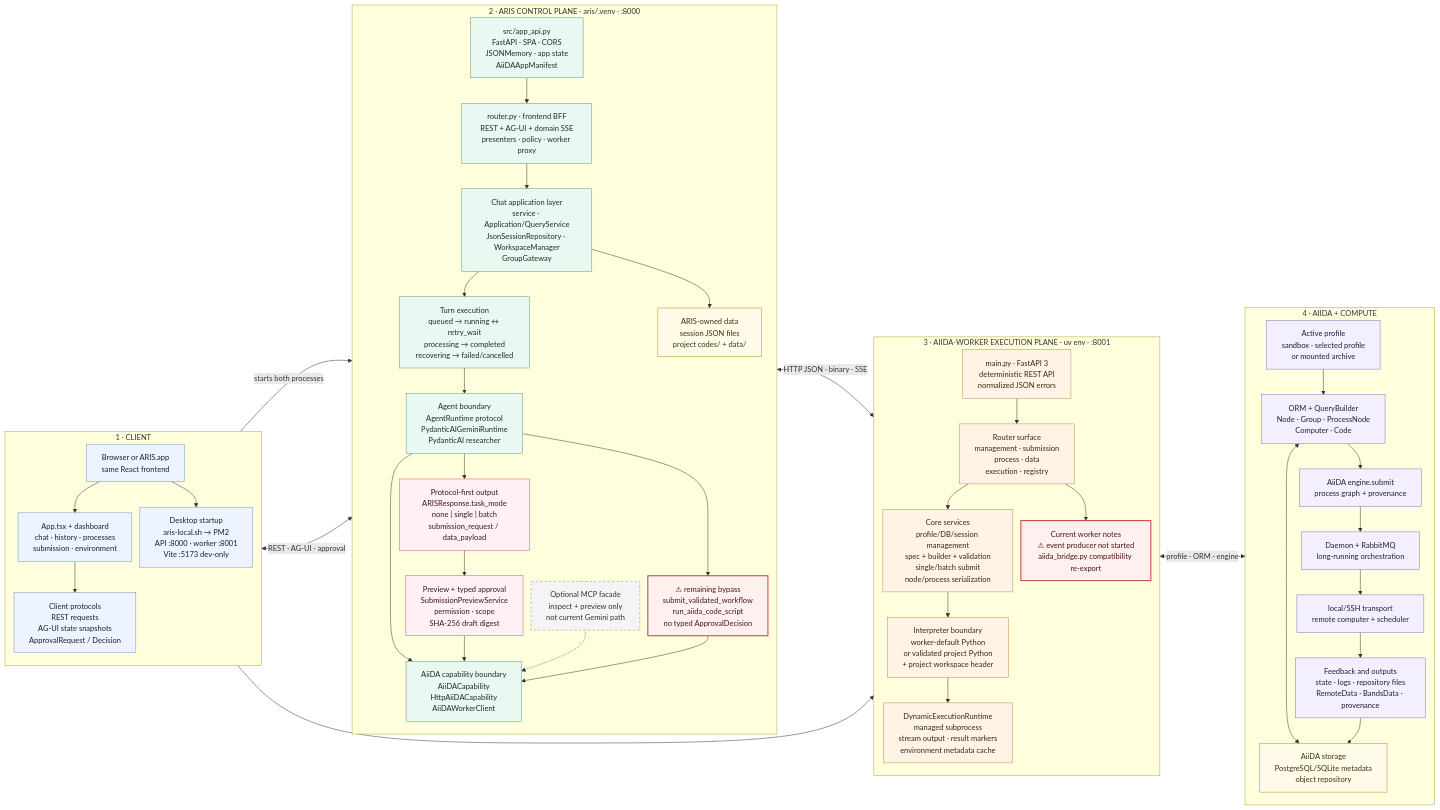
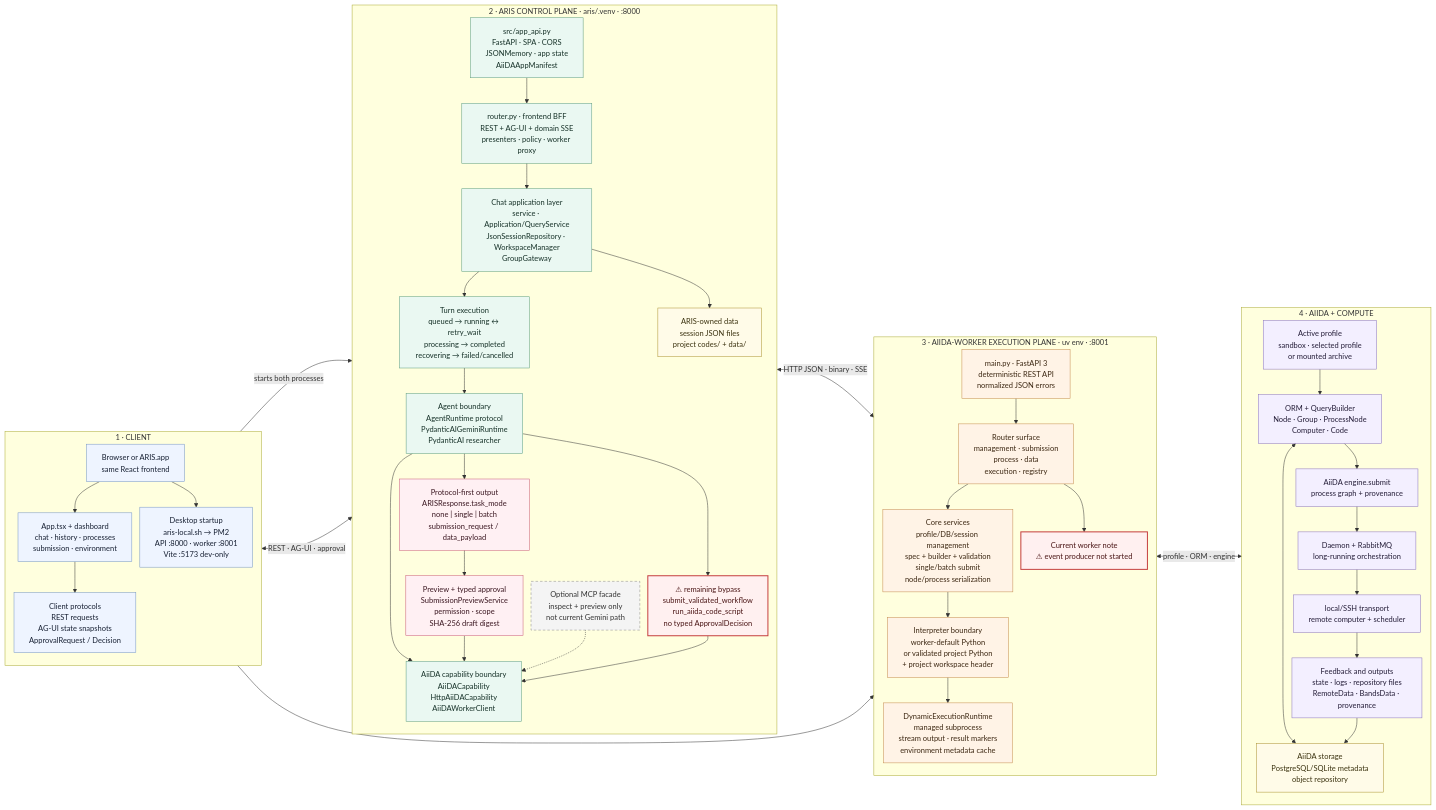
The diagram in docs/architecture/diagrams/aris-aiida-worker-internals.mmd (ymzhang0/aris), drawn with Mermaid before and after one commit. The commit also changed 21 other files, not shown here.

```diff
--- a/docs/architecture/diagrams/aris-aiida-worker-internals.mmd
+++ b/docs/architecture/diagrams/aris-aiida-worker-internals.mmd
@@ -1,104 +1,104 @@
 %%{init: {
   "flowchart": {
     "curve": "basis",
     "htmlLabels": true,
     "nodeSpacing": 16,
     "rankSpacing": 26,
     "diagramPadding": 6,
     "useMaxWidth": true
   },
   "themeVariables": {
     "fontSize": "15px"
   }
 }}%%
 flowchart LR
     %% Compact system map.
     %% Details that would create long cross-lane edges live in the sequence
     %% diagrams in ARIS_AIIDA_WORKER_INTERNAL_FLOW.md.
 
     subgraph CLIENT["1 · CLIENT"]
         direction TB
         SURFACE["Browser or ARIS.app<br/>same React frontend"]
         REACT["App.tsx + dashboard<br/>chat · history · processes<br/>submission · environment"]
         CLIENT_PROTOCOL["Client protocols<br/>REST requests<br/>AG-UI state snapshots<br/>ApprovalRequest / Decision"]
         STARTUP["Desktop startup<br/>aris-local.sh → PM2<br/>API :8000 · worker :8001<br/>Vite :5173 dev-only"]
 
         SURFACE --> REACT --> CLIENT_PROTOCOL
         SURFACE --> STARTUP
     end
 
     subgraph ARIS["2 · ARIS CONTROL PLANE · aris/.venv · :8000"]
         direction TB
         APP["src/app_api.py<br/>FastAPI · SPA · CORS<br/>JSONMemory · app state<br/>AiiDAAppManifest"]
         BFF["router.py · frontend BFF<br/>REST + AG-UI + domain SSE<br/>presenters · policy · worker proxy"]
         CHAT["Chat application layer<br/>service · Application/QueryService<br/>JsonSessionRepository · WorkspaceManager<br/>GroupGateway"]
         MACHINE["Turn execution<br/>queued → running ↔ retry_wait<br/>processing → completed<br/>recovering → failed/cancelled"]
         AGENT["Agent boundary<br/>AgentRuntime protocol<br/>PydanticAIGeminiRuntime<br/>PydanticAI researcher"]
         RESPONSE["Protocol-first output<br/>ARISResponse.task_mode<br/>none | single | batch<br/>submission_request / data_payload"]
         APPROVAL["Preview + typed approval<br/>SubmissionPreviewService<br/>permission · scope<br/>SHA-256 draft digest"]
         CAPABILITY["AiiDA capability boundary<br/>AiiDACapability<br/>HttpAiiDACapability<br/>AiiDAWorkerClient"]
         ARIS_DATA["ARIS-owned data<br/>session JSON files<br/>project codes/ + data/"]
         MCP["Optional MCP facade<br/>inspect + preview only<br/>not current Gemini path"]
         BYPASS["⚠ remaining bypass<br/>submit_validated_workflow<br/>run_aiida_code_script<br/>no typed ApprovalDecision"]
 
         APP --> BFF --> CHAT --> MACHINE --> AGENT --> RESPONSE --> APPROVAL
         CHAT --> ARIS_DATA
         AGENT --> CAPABILITY
         APPROVAL --> CAPABILITY
         MCP -.-> CAPABILITY
         AGENT --> BYPASS --> CAPABILITY
     end
 
     subgraph WORKER["3 · AIIDA-WORKER EXECUTION PLANE · uv env · :8001"]
         direction TB
         WAPP["main.py · FastAPI 3<br/>deterministic REST API<br/>normalized JSON errors"]
         ROUTES["Router surface<br/>management · submission<br/>process · data<br/>execution · registry"]
         CORE["Core services<br/>profile/DB/session management<br/>spec + builder + validation<br/>single/batch submit<br/>node/process serialization"]
         ENV["Interpreter boundary<br/>worker-default Python<br/>or validated project Python<br/>+ project workspace header"]
         SUBPROCESS["DynamicExecutionRuntime<br/>managed subprocess<br/>stream output · result markers<br/>environment metadata cache"]
-        WORKER_GAPS["Current worker notes<br/>⚠ event producer not started<br/>aiida_bridge.py compatibility re-export"]
+        WORKER_GAPS["Current worker note<br/>⚠ event producer not started"]
 
         WAPP --> ROUTES --> CORE --> ENV --> SUBPROCESS
         ROUTES --> WORKER_GAPS
     end
 
     subgraph AIIDA["4 · AIIDA + COMPUTE"]
         direction TB
         PROFILE["Active profile<br/>sandbox · selected profile<br/>or mounted archive"]
         ORM["ORM + QueryBuilder<br/>Node · Group · ProcessNode<br/>Computer · Code"]
         STORAGE["AiiDA storage<br/>PostgreSQL/SQLite metadata<br/>object repository"]
         ENGINE["AiiDA engine.submit<br/>process graph + provenance"]
         DAEMON["Daemon + RabbitMQ<br/>long-running orchestration"]
         REMOTE["local/SSH transport<br/>remote computer + scheduler"]
         OUTPUT["Feedback and outputs<br/>state · logs · repository files<br/>RemoteData · BandsData · provenance"]
 
         PROFILE --> ORM
         ORM <--> STORAGE
         ORM --> ENGINE --> DAEMON --> REMOTE --> OUTPUT
         OUTPUT --> STORAGE
     end
 
     %% Four cross-lane boundaries; no long internal back-edges.
     STARTUP -->|"starts both processes"| APP
     STARTUP --> WAPP
     CLIENT_PROTOCOL <-->|"REST · AG-UI · approval"| BFF
     CAPABILITY <-->|"HTTP JSON · binary · SSE"| WAPP
     CORE <-->|"profile · ORM · engine"| ORM
 
     classDef client fill:#eef4ff,stroke:#7393c2,color:#172033;
     classDef aris fill:#eaf8f2,stroke:#5b9b7e,color:#163128;
     classDef worker fill:#fff3e6,stroke:#c48a4d,color:#3c2712;
     classDef aiida fill:#f3efff,stroke:#8872bd,color:#241d38;
     classDef protocol fill:#fff0f3,stroke:#c95b77,color:#3b1721;
     classDef warning fill:#fff0f0,stroke:#c53f3f,color:#4a1515,stroke-width:2px;
     classDef optional fill:#f4f4f4,stroke:#888,color:#333,stroke-dasharray:5 4;
     classDef store fill:#fffbe8,stroke:#aa902e,color:#3a310e;
 
     class SURFACE,REACT,CLIENT_PROTOCOL,STARTUP client;
     class APP,BFF,CHAT,MACHINE,AGENT,CAPABILITY aris;
     class RESPONSE,APPROVAL protocol;
     class BYPASS,WORKER_GAPS warning;
     class MCP optional;
     class ARIS_DATA,STORAGE store;
     class WAPP,ROUTES,CORE,ENV,SUBPROCESS worker;
     class PROFILE,ORM,ENGINE,DAEMON,REMOTE,OUTPUT aiida;
```
